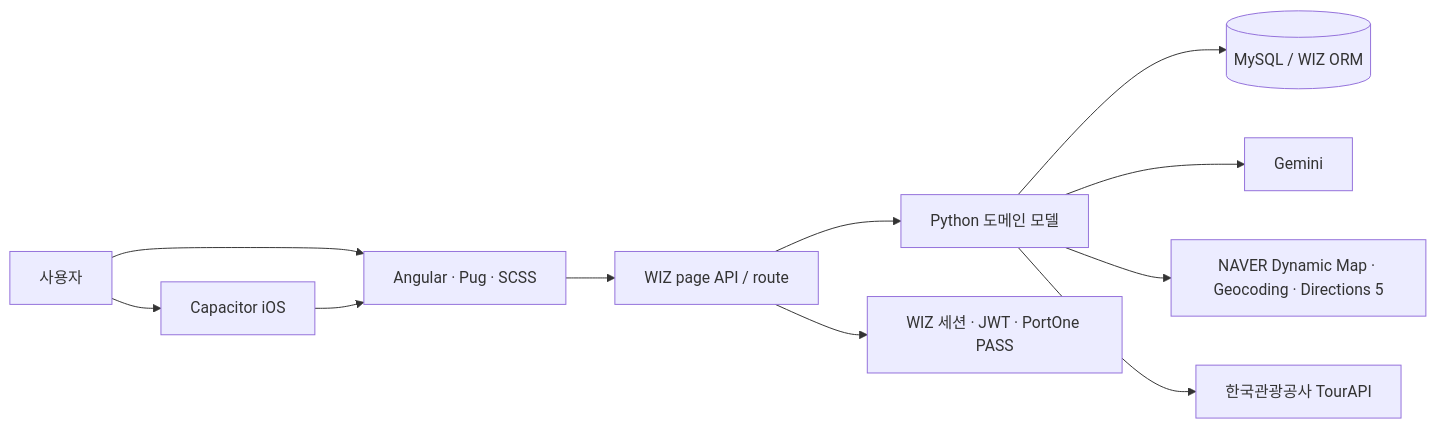
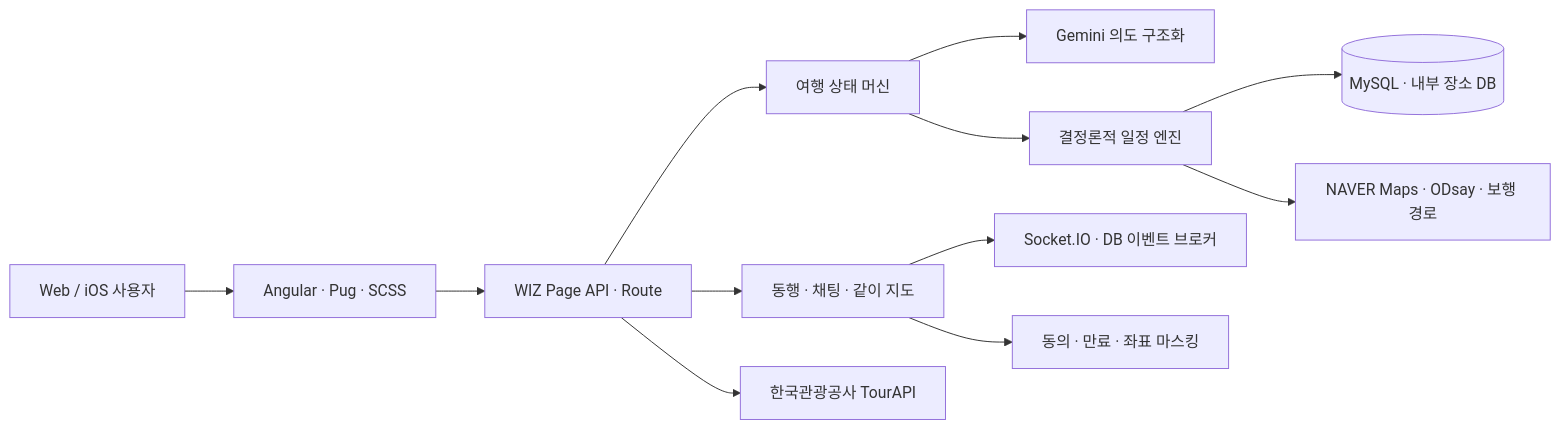
Before and after one commit to xericen/GACHI: the first of 2 diagrams in README.md, drawn with Mermaid. The commit also changed other lines of this file, not shown here.

````diff
--- a/README.md
+++ b/README.md
@@ -104,13 +134,14 @@
 ```mermaid
 flowchart LR
-    U[사용자] --> UI[Angular · Pug · SCSS]
-    U --> IOS[Capacitor iOS]
-    IOS --> UI
-    UI --> WA[WIZ page API / route]
-    WA --> D[Python 도메인 모델]
-    D --> DB[(MySQL / WIZ ORM)]
-    D --> AI[Gemini]
-    D --> MAP[NAVER Dynamic Map · Geocoding · Directions 5]
-    D --> TOUR[한국관광공사 TourAPI]
-    WA --> AUTH[WIZ 세션 · JWT · PortOne PASS]
+    U[Web / iOS 사용자] --> UI[Angular · Pug · SCSS]
+    UI --> API[WIZ Page API · Route]
+    API --> STATE[여행 상태 머신]
+    API --> SOCIAL[동행 · 채팅 · 같이 지도]
+    STATE --> AI[Gemini 의도 구조화]
+    STATE --> ENGINE[결정론적 일정 엔진]
+    ENGINE --> DB[(MySQL · 내부 장소 DB)]
+    ENGINE --> MAP[NAVER Maps · ODsay · 보행 경로]
+    SOCIAL --> SOCKET[Socket.IO · DB 이벤트 브로커]
+    SOCIAL --> SAFETY[동의 · 만료 · 좌표 마스킹]
+    API --> TOUR[한국관광공사 TourAPI]
 ```
````
